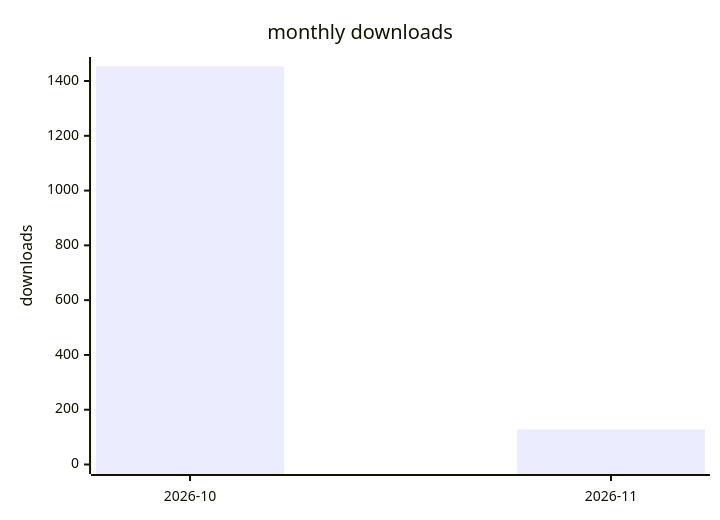
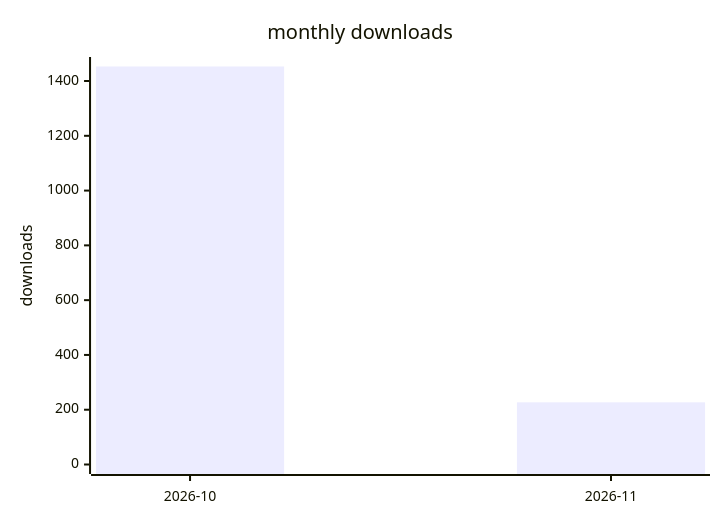
Before and after one commit to terry2010/dsh-loop-recover: the second of 2 diagrams in docs/downloads-2026.md, drawn with Mermaid. The commit also changed other lines of this file and 1 other file, not shown here.

````diff
--- a/docs/downloads-2026.md
+++ b/docs/downloads-2026.md
@@ -29,7 +29,7 @@
 ```mermaid
 xychart-beta
     title "monthly downloads"
     x-axis ["2026-10", "2026-11"]
     y-axis "downloads" 0 --> 1453
-    bar [1453, 128]
+    bar [1453, 227]
 ```
````
